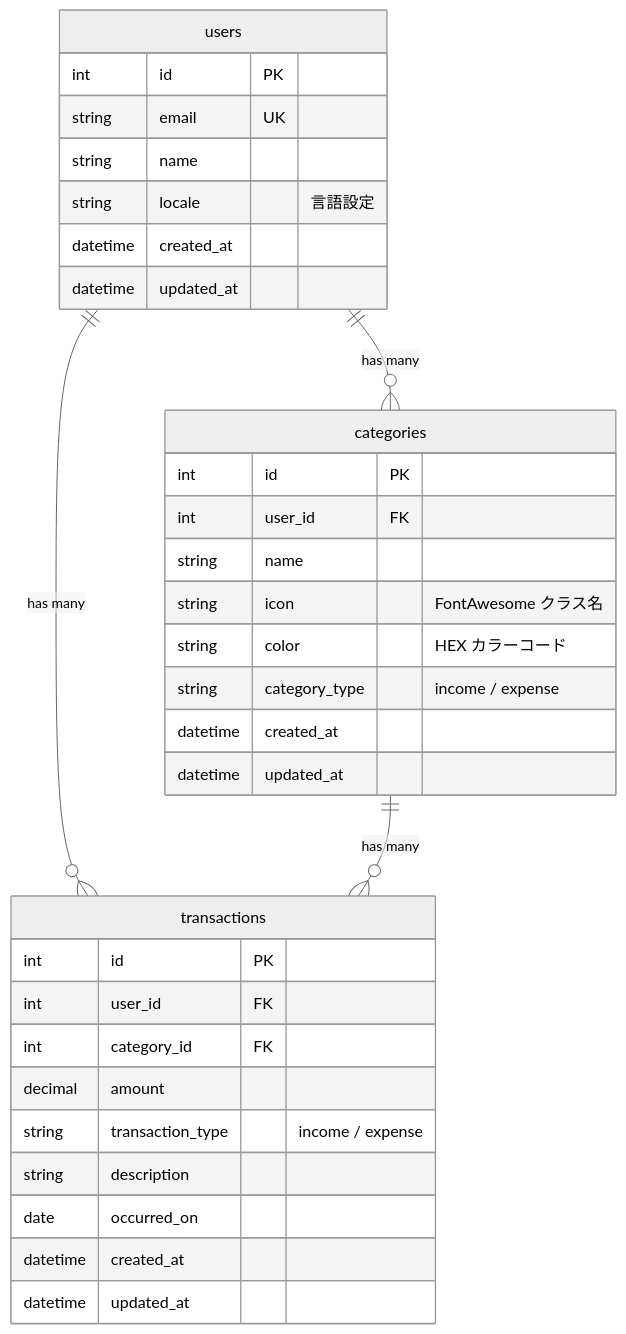
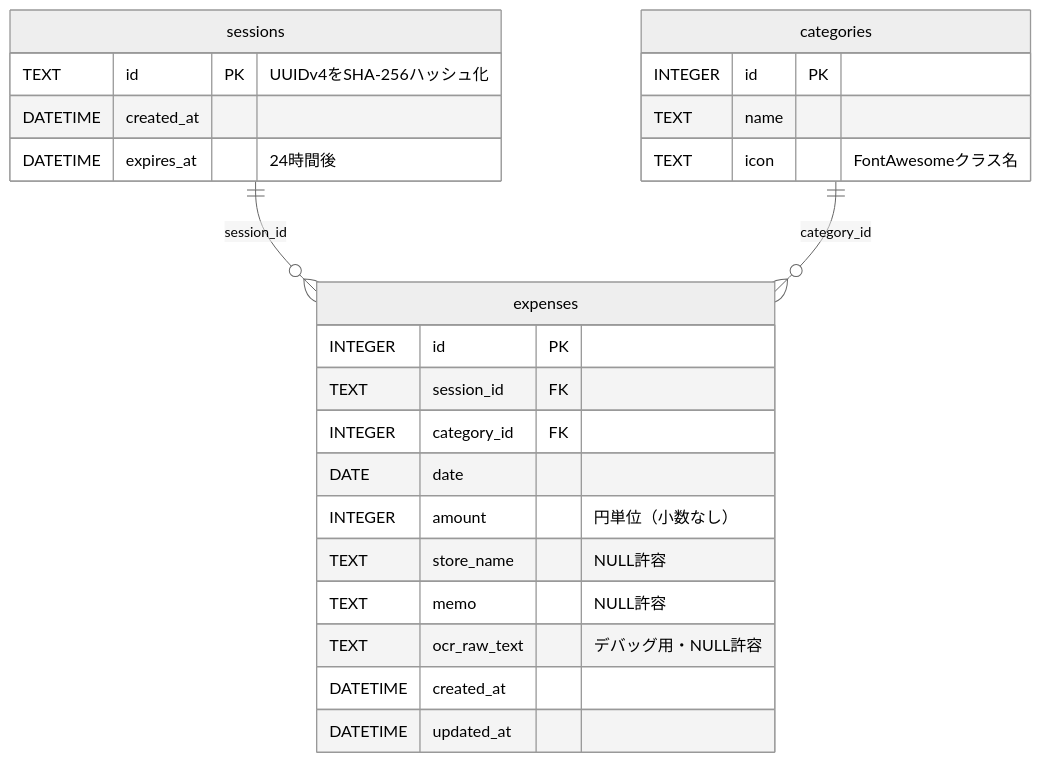
One commit to rictaworks/kakeibo-demo changed the diagram in SPEC/diagrams/er.md. Above: the diagram before and after it, drawn with Mermaid (neutral theme). The commit also changed other lines of this file and 10 other files, not shown here.

````diff
--- a/SPEC/diagrams/er.md
+++ b/SPEC/diagrams/er.md
@@ -5,38 +5,30 @@
 ```mermaid
 erDiagram
-    users {
-        int id PK
-        string email UK
-        string name
-        string locale "言語設定"
-        datetime created_at
-        datetime updated_at
+    sessions {
+        TEXT id PK "UUIDv4をSHA-256ハッシュ化"
+        DATETIME created_at
+        DATETIME expires_at "24時間後"
+    }
+
+    expenses {
+        INTEGER id PK
+        TEXT session_id FK
+        INTEGER category_id FK
+        DATE date
+        INTEGER amount "円単位（小数なし）"
+        TEXT store_name "NULL許容"
+        TEXT memo "NULL許容"
+        TEXT ocr_raw_text "デバッグ用・NULL許容"
+        DATETIME created_at
+        DATETIME updated_at
     }
 
     categories {
-        int id PK
-        int user_id FK
-        string name
-        string icon "FontAwesome クラス名"
-        string color "HEX カラーコード"
-        string category_type "income / expense"
-        datetime created_at
-        datetime updated_at
+        INTEGER id PK
+        TEXT name
+        TEXT icon "FontAwesomeクラス名"
     }
 
-    transactions {
-        int id PK
-        int user_id FK
-        int category_id FK
-        decimal amount
-        string transaction_type "income / expense"
-        string description
-        date occurred_on
-        datetime created_at
-        datetime updated_at
-    }
-
-    users ||--o{ categories : "has many"
-    users ||--o{ transactions : "has many"
-    categories ||--o{ transactions : "has many"
+    sessions ||--o{ expenses : "session_id"
+    categories ||--o{ expenses : "category_id"
 ```
````
